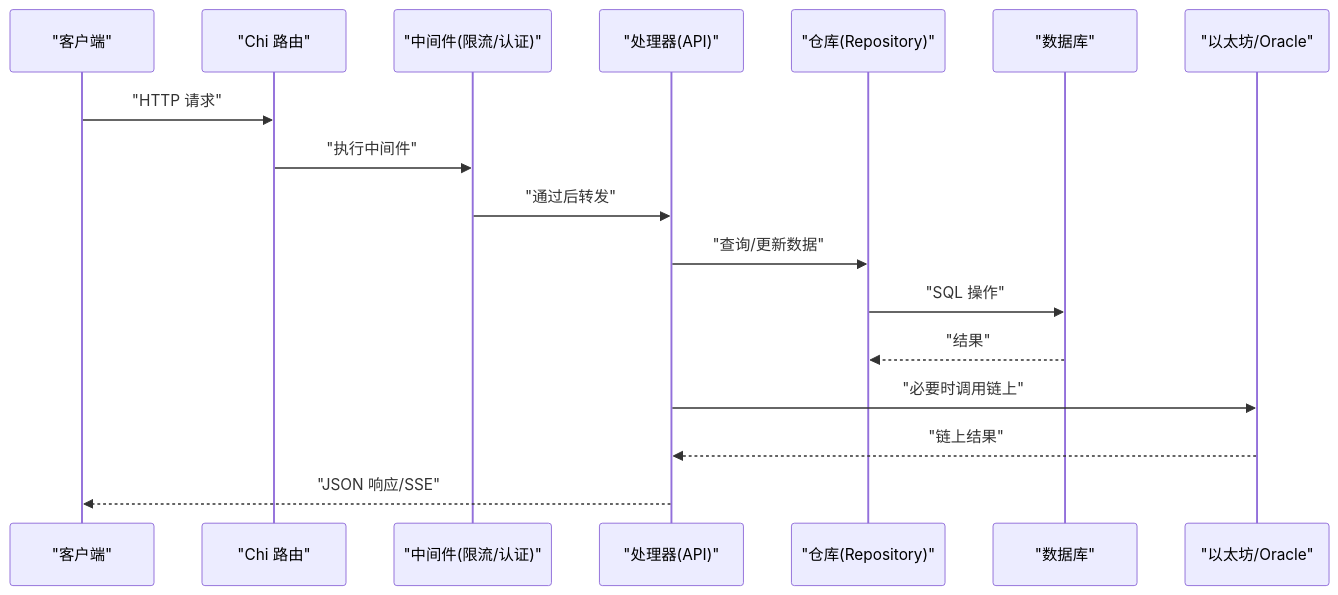
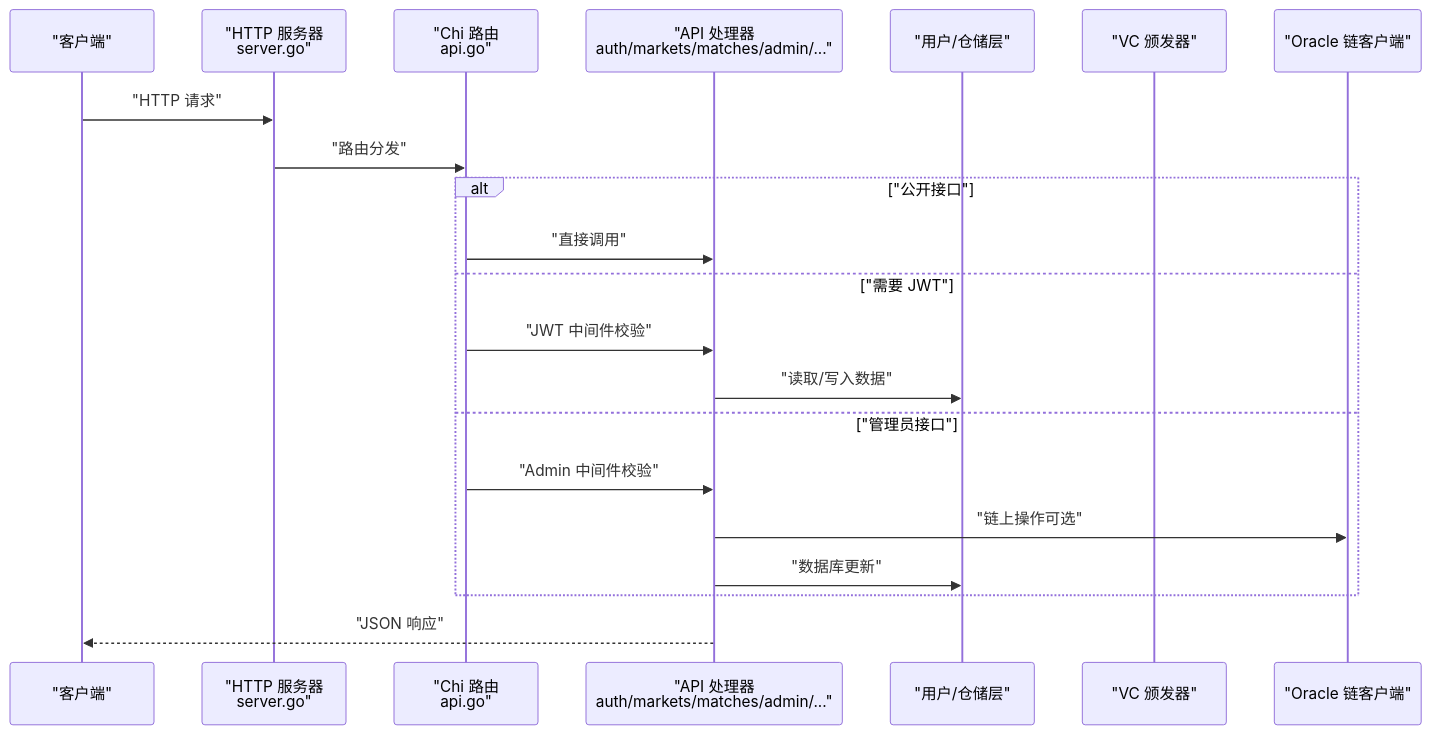
Before and after one commit to SimonHofman/PredictionDIDSimple: the second of 4 diagrams in backend/.qoder/repowiki/zh/content/API参考文档/API参考文档.md, drawn with Mermaid. The commit also changed other lines of this file and 162 other files, not shown here.

````diff
--- a/backend/.qoder/repowiki/zh/content/API参考文档/API参考文档.md
+++ b/backend/.qoder/repowiki/zh/content/API参考文档/API参考文档.md
@@ -87,19 +107,23 @@
 ```mermaid
 sequenceDiagram
-participant Client as "客户端"
-participant Router as "Chi 路由"
-participant MW as "中间件(限流/认证)"
-participant Handler as "处理器(API)"
-participant Repo as "仓库(Repository)"
-participant DB as "数据库"
-participant Chain as "以太坊/Oracle"
-Client->>Router : "HTTP 请求"
-Router->>MW : "执行中间件"
-MW->>Handler : "通过后转发"
-Handler->>Repo : "查询/更新数据"
-Repo->>DB : "SQL 操作"
-DB-->>Repo : "结果"
-Handler->>Chain : "必要时调用链上"
-Chain-->>Handler : "链上结果"
-Handler-->>Client : "JSON 响应/SSE"
+participant C as "客户端"
+participant S as "HTTP 服务器<br/>server.go"
+participant R as "Chi 路由<br/>api.go"
+participant A as "API 处理器<br/>auth/markets/matches/admin/..."
+participant U as "用户/仓储层"
+participant V as "VC 颁发器"
+participant O as "Oracle 链客户端"
+C->>S : "HTTP 请求"
+S->>R : "路由分发"
+alt "公开接口"
+R->>A : "直接调用"
+else "需要 JWT"
+R->>A : "JWT 中间件校验"
+A->>U : "读取/写入数据"
+else "管理员接口"
+R->>A : "Admin 中间件校验"
+A->>O : "链上操作可选"
+A->>U : "数据库更新"
+end
+A-->>C : "JSON 响应"
 ```
````
